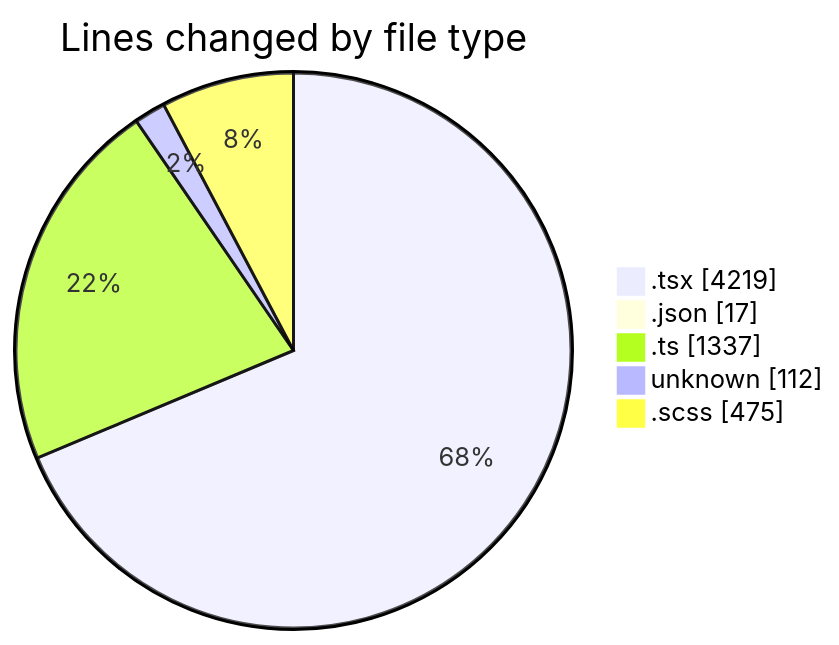
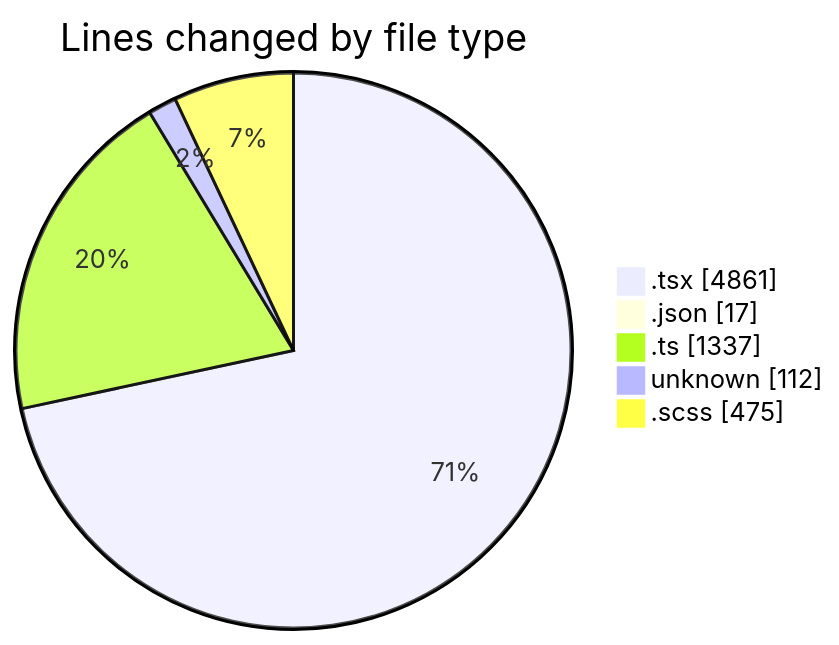
Before and after one commit to momahboobian/code-tracking: the first of 2 diagrams in 2026-04-30/cda/README.md, drawn with Mermaid. The commit also changed other lines of this file and 1 other file, not shown here.

````diff
--- a/2026-04-30/cda/README.md
+++ b/2026-04-30/cda/README.md
@@ -68,9 +69,9 @@
 ```mermaid
 pie showData
 title Lines changed by file type
-".tsx" : 4219
+".tsx" : 4861
 ".json" : 17
 ".ts" : 1337
 "unknown" : 112
 ".scss" : 475
 ```
````
